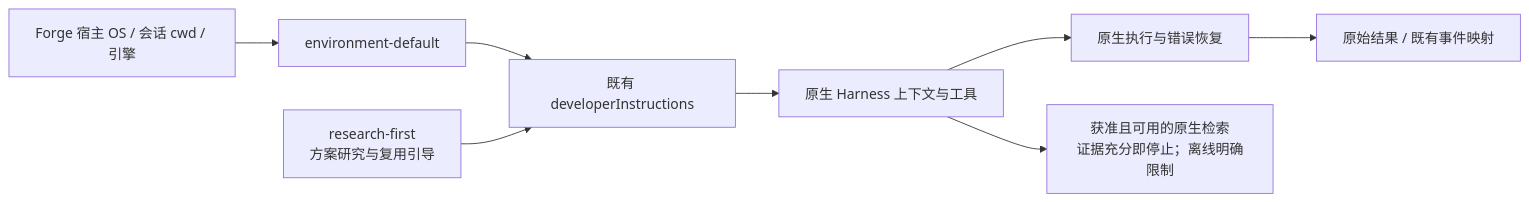
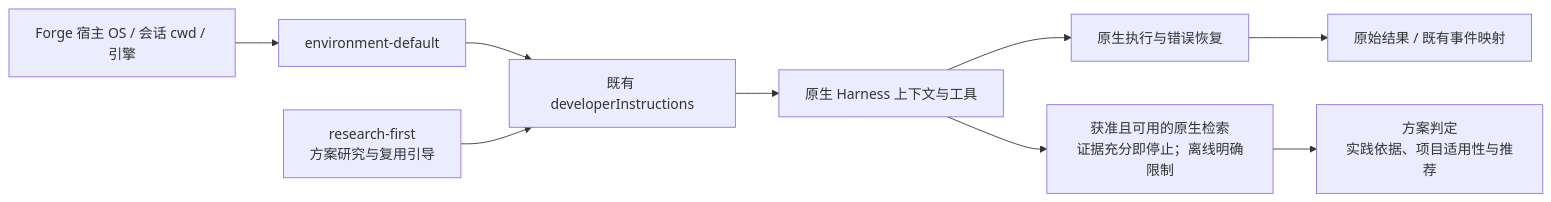
Before and after one commit to exception-coder/kai-toolbox: diagram 20 of 54 in docs/ai-coding-architecture.md, drawn with Mermaid. The commit also changed other lines of this file and 2 other files, not shown here.

First line of the commit message:
docs(architecture): 明确重要方案联网核验规则

````diff
--- a/docs/ai-coding-architecture.md
+++ b/docs/ai-coding-architecture.md
@@ -622,10 +622,11 @@
 ```mermaid
 flowchart LR
     HOST["Forge 宿主 OS / 会话 cwd / 引擎"] --> GUIDE["environment-default"]
     GUIDE --> CONTEXT["既有 developerInstructions"]
     RESEARCH["research-first<br/>方案研究与复用引导"] --> CONTEXT
     CONTEXT --> NATIVE["原生 Harness 上下文与工具"]
     NATIVE --> EXEC["原生执行与错误恢复"]
     NATIVE --> WEB["获准且可用的原生检索<br/>证据充分即停止；离线明确限制"]
+    WEB --> DESIGN["方案判定<br/>实践依据、项目适用性与推荐"]
     EXEC --> RESULT["原始结果 / 既有事件映射"]
 ```
````
